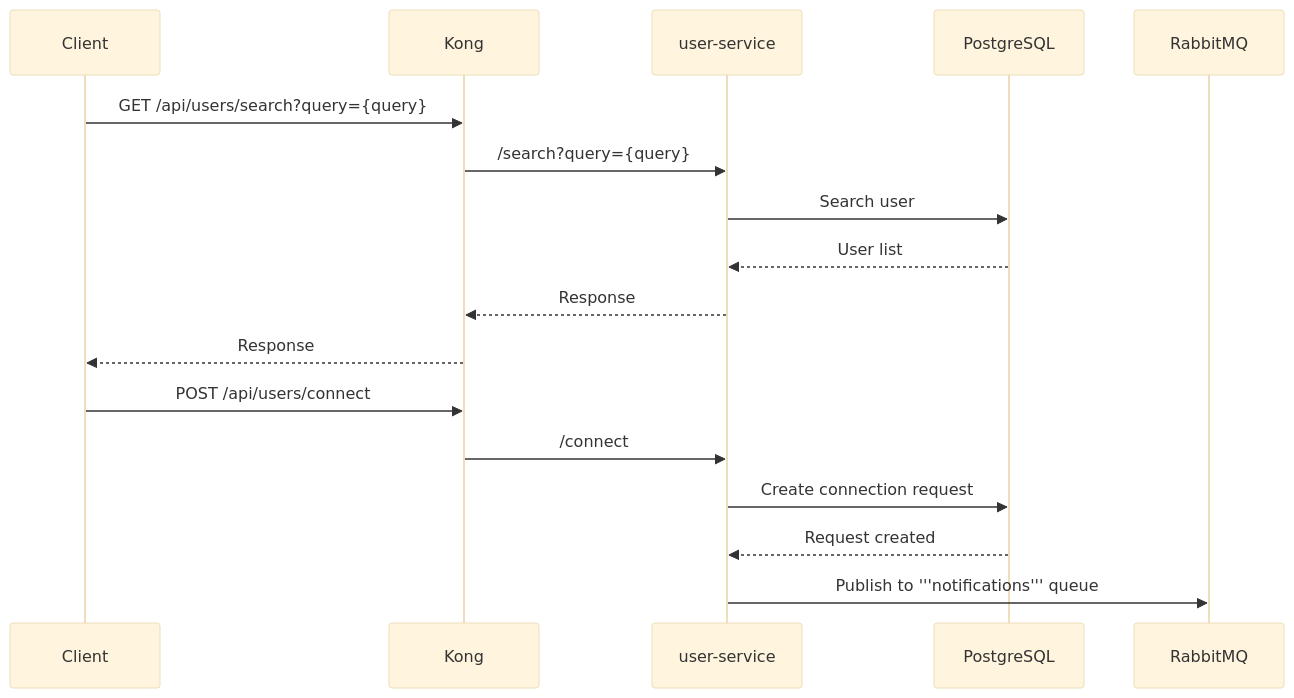
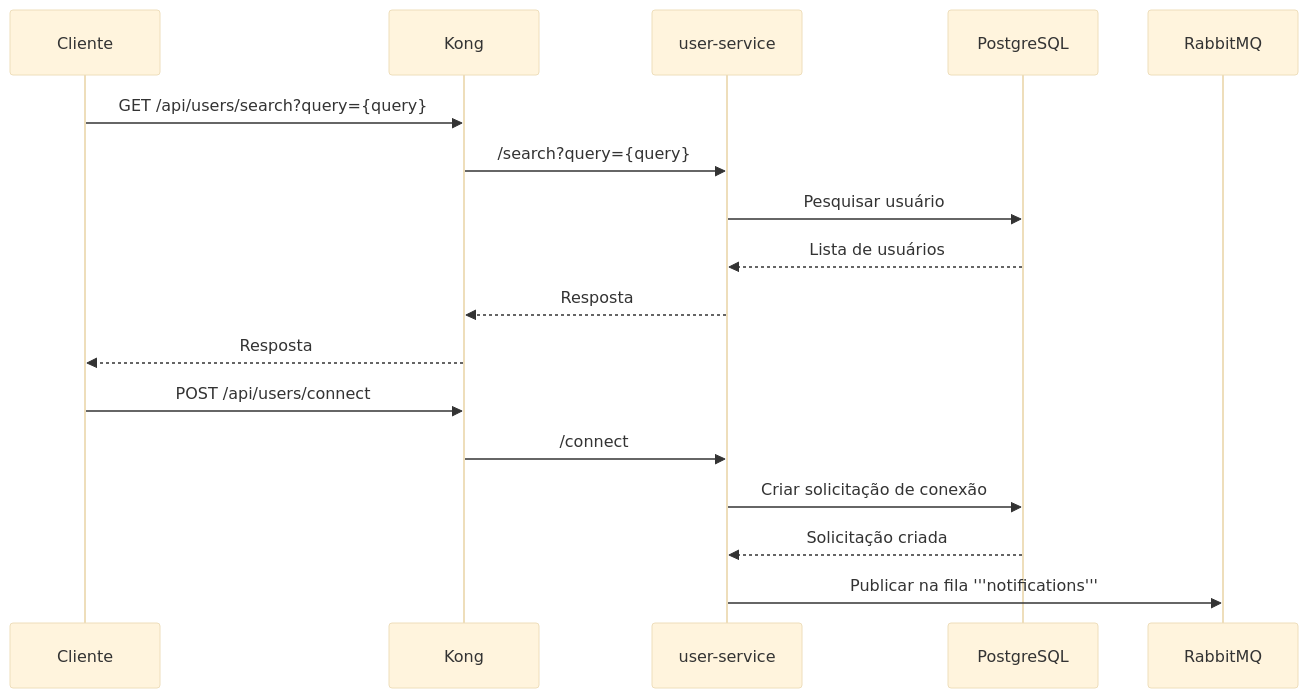
One commit to Thiagoldo/pos-unifametro-backend changed the eighth of 16 diagrams in docs/diagrams.md. Above: the diagram before and after it, drawn with Mermaid (base theme). The commit also changed other lines of this file, not shown here.

Commit message:
docs: translate diagrams.md to portuguese

````diff
--- a/docs/diagrams.md
+++ b/docs/diagrams.md
@@ -121,21 +121,21 @@
 ```mermaid
 sequenceDiagram
-    participant Client
+    participant Cliente
     participant Kong
     participant user-service
     participant PostgreSQL
     participant RabbitMQ
 
-    Client->>Kong: GET /api/users/search?query={query}
+    Cliente->>Kong: GET /api/users/search?query={query}
     Kong->>user-service: /search?query={query}
-    user-service->>PostgreSQL: Search user
-    PostgreSQL-->>user-service: User list
-    user-service-->>Kong: Response
-    Kong-->>Client: Response
+    user-service->>PostgreSQL: Pesquisar usuário
+    PostgreSQL-->>user-service: Lista de usuários
+    user-service-->>Kong: Resposta
+    Kong-->>Cliente: Resposta
 
-    Client->>Kong: POST /api/users/connect
+    Cliente->>Kong: POST /api/users/connect
     Kong->>user-service: /connect
-    user-service->>PostgreSQL: Create connection request
-    PostgreSQL-->>user-service: Request created
-    user-service->>RabbitMQ: Publish to '''notifications''' queue
+    user-service->>PostgreSQL: Criar solicitação de conexão
+    PostgreSQL-->>user-service: Solicitação criada
+    user-service->>RabbitMQ: Publicar na fila '''notifications'''
 ```
````
